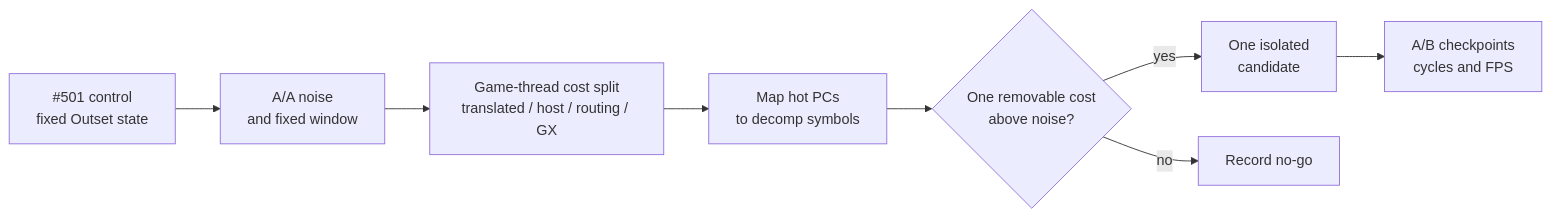
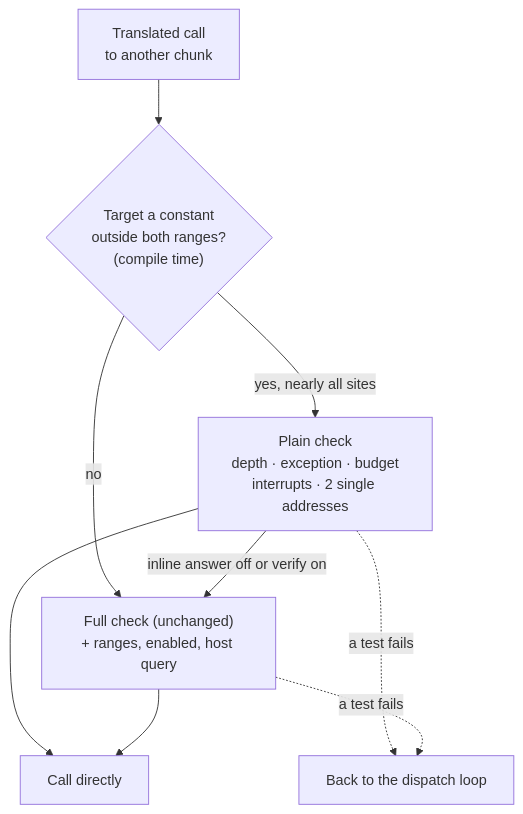
The diagram in docs/planning/2026-10-29-outset_cpu_followup/TECH_PLAN.md (chrissotraidis/bluewake), drawn with Mermaid before and after one commit. The commit also changed other lines of this file and 1 other file, not shown here.

````diff
--- a/docs/planning/2026-10-29-outset_cpu_followup/TECH_PLAN.md
+++ b/docs/planning/2026-10-29-outset_cpu_followup/TECH_PLAN.md
@@ -17,16 +62,18 @@
 ```mermaid
-flowchart LR
-    Control["#501 control<br/>fixed Outset state"]
-    Noise["A/A noise<br/>and fixed window"]
-    Split["Game-thread cost split<br/>translated / host / routing / GX"]
-    Map["Map hot PCs<br/>to decomp symbols"]
-    Gate{"One removable cost<br/>above noise?"}
-    Change["One isolated<br/>candidate"]
-    Verify["A/B checkpoints<br/>cycles and FPS"]
-    Stop["Record no-go"]
+flowchart TD
+    Call["Translated call<br/>to another chunk"]
+    Wrap{"Target a constant<br/>outside both ranges?<br/>(compile time)"}
+    Plain["Plain check<br/>depth · exception · budget<br/>interrupts · 2 single addresses"]
+    Full["Full check (unchanged)<br/>+ ranges, enabled, host query"]
+    Go["Call directly"]
+    Loop["Back to the dispatch loop"]
 
-    Control --> Noise --> Split
-    Split --> Map --> Gate
-    Gate -->|yes| Change --> Verify
-    Gate -->|no| Stop
+    Call --> Wrap
+    Wrap -->|yes, nearly all sites| Plain
+    Wrap -->|no| Full
+    Plain -->|inline answer off or verify on| Full
+    Plain --> Go
+    Full --> Go
+    Plain -.->|a test fails| Loop
+    Full -.->|a test fails| Loop
 ```
````
